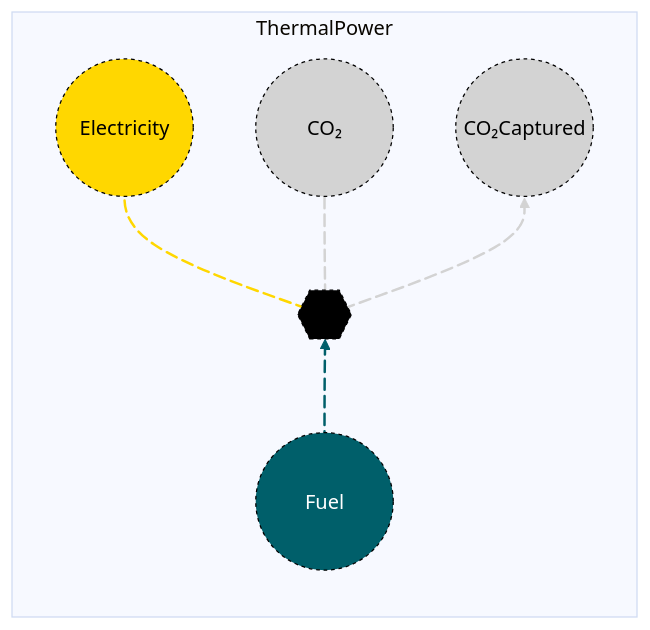
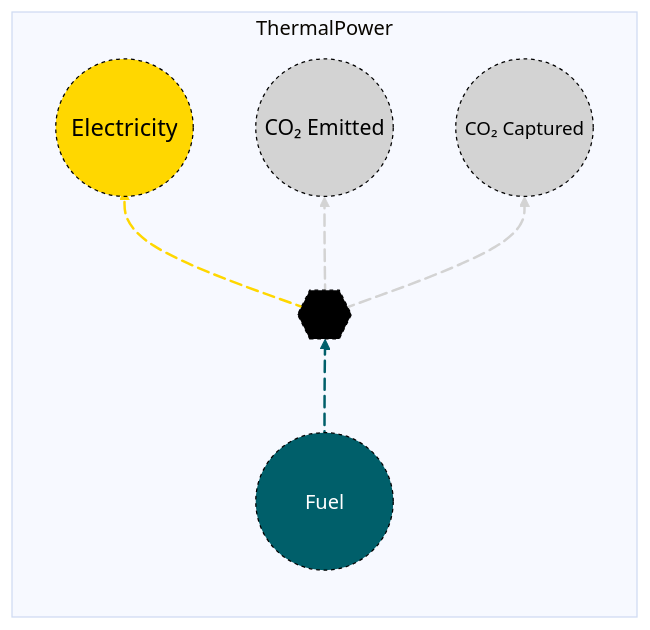
Before and after one commit to openmod-tracker/MacroEnergy.jl: the diagram in docs/src/Manual/assets/thermalpower.md, drawn with Mermaid. The commit also changed other lines of this file and 12 other files, not shown here.

Commit message:
Fix Mermaid diagram rendering issues in asset library

````diff
--- a/docs/src/Manual/assets/thermalpower.md
+++ b/docs/src/Manual/assets/thermalpower.md
@@ -26,25 +26,25 @@
 ```mermaid
 %%{init: {'theme': 'base', 'themeVariables': { 'background': '#D1EBDE' }}}%%
 flowchart LR
   subgraph ThermalPower
   direction BT
   A((Fuel)) e1@ --> B{{..}}
   B e2@ --> C((Electricity))
-  B e3@ --> D((CO₂))
-  B e4@ --> E((CO₂Captured))
+  B e3@ --> D((CO₂ Emitted))
+  B e4@ --> E((CO₂ Captured))
   e1@{animate: true}
   e2@{animate: true}
   e3@{animate: true}
   e4@{animate: true}
  end
     style A r:55px,fill:#005F6A,stroke:black,color:white,stroke-dasharray: 3,5;
     style B r:55px,fill:black,stroke:black,color:black,stroke-dasharray: 3,5;
-    style C r:55px,fill:#FFD700,stroke:black,color:black,stroke-dasharray: 3,5;
-    style D r:55px,fill:lightgray,stroke:black,color:black,stroke-dasharray: 3,5;
-    style E r:55px,fill:lightgray,stroke:black,color:black,stroke-dasharray: 3,5;
+    style C font-size:19px,r:55px,fill:#FFD700,stroke:black,color:black,stroke-dasharray: 3,5;
+    style D font-size:17px,r:55px,fill:lightgray,stroke:black,color:black,stroke-dasharray: 3,5;
+    style E font-size:15px,r:55px,fill:lightgray,stroke:black,color:black,stroke-dasharray: 3,5;
 
   linkStyle 0 stroke:#005F6A, stroke-width: 2px;
   linkStyle 1 stroke:#FFD700, stroke-width: 2px;
   linkStyle 2 stroke:lightgray, stroke-width: 2px;
   linkStyle 3 stroke:lightgray, stroke-width: 2px;
 ```
````
